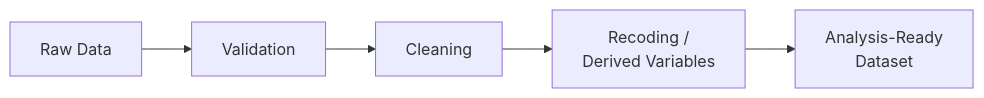
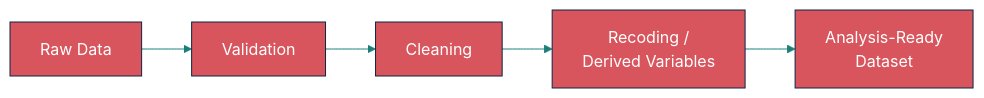
The sixth of 8 diagrams in index.qmd (stephenbalogun/research-data-analysis-workshop), drawn with Mermaid before and after one commit. The commit also changed other lines of this file and 378 other files, not shown here.

````diff
--- a/index.qmd
+++ b/index.qmd
@@ -588,7 +607,8 @@
 ```{mermaid}
+%%{init: {'theme':'base', 'themeVariables': { 'primaryColor':'#D8555D','primaryTextColor':'#ffffff','primaryBorderColor':'#0B2545','lineColor':'#1B7F79','tertiaryColor':'#5B8C5A'}}}%%
 flowchart LR
   Raw[Raw Data] --> Val[Validation]
   Val --> Clean[Cleaning]
   Clean --> Recode[Recoding /<br>Derived Variables]
   Recode --> Ready[Analysis-Ready<br>Dataset]
 ```
````
